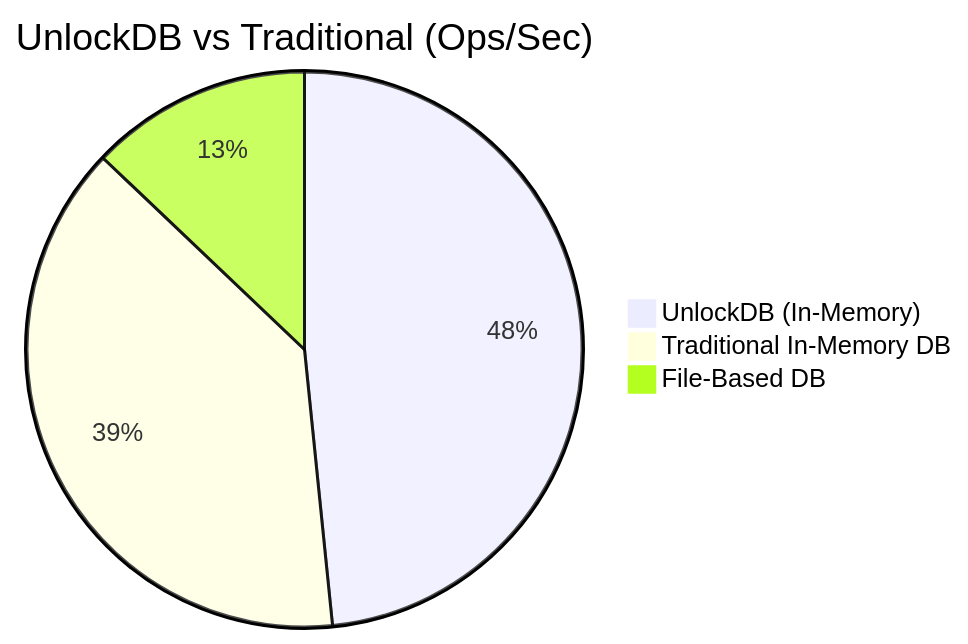
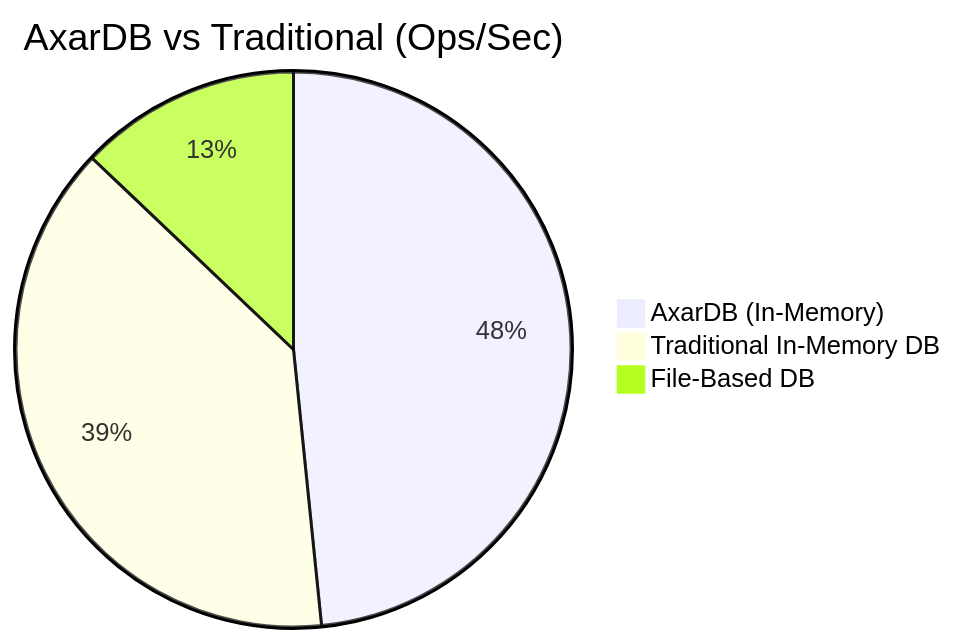
One commit to metin-yakar/AxarDB changed the diagram in README.md. Above: the diagram before and after it, drawn with Mermaid. The commit also changed other lines of this file and 50 other files, not shown here.

````diff
--- a/README.md
+++ b/README.md
@@ -46,6 +46,6 @@
 ```mermaid
-pie title UnlockDB vs Traditional (Ops/Sec)
-    "UnlockDB (In-Memory)" : 15000
+pie title AxarDB vs Traditional (Ops/Sec)
+    "AxarDB (In-Memory)" : 15000
     "Traditional In-Memory DB" : 12000
     "File-Based DB" : 4000
 ```
````
